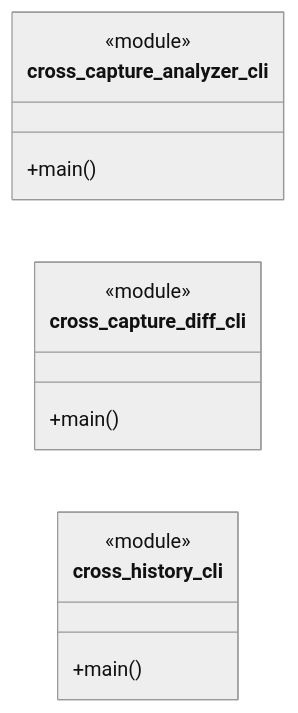
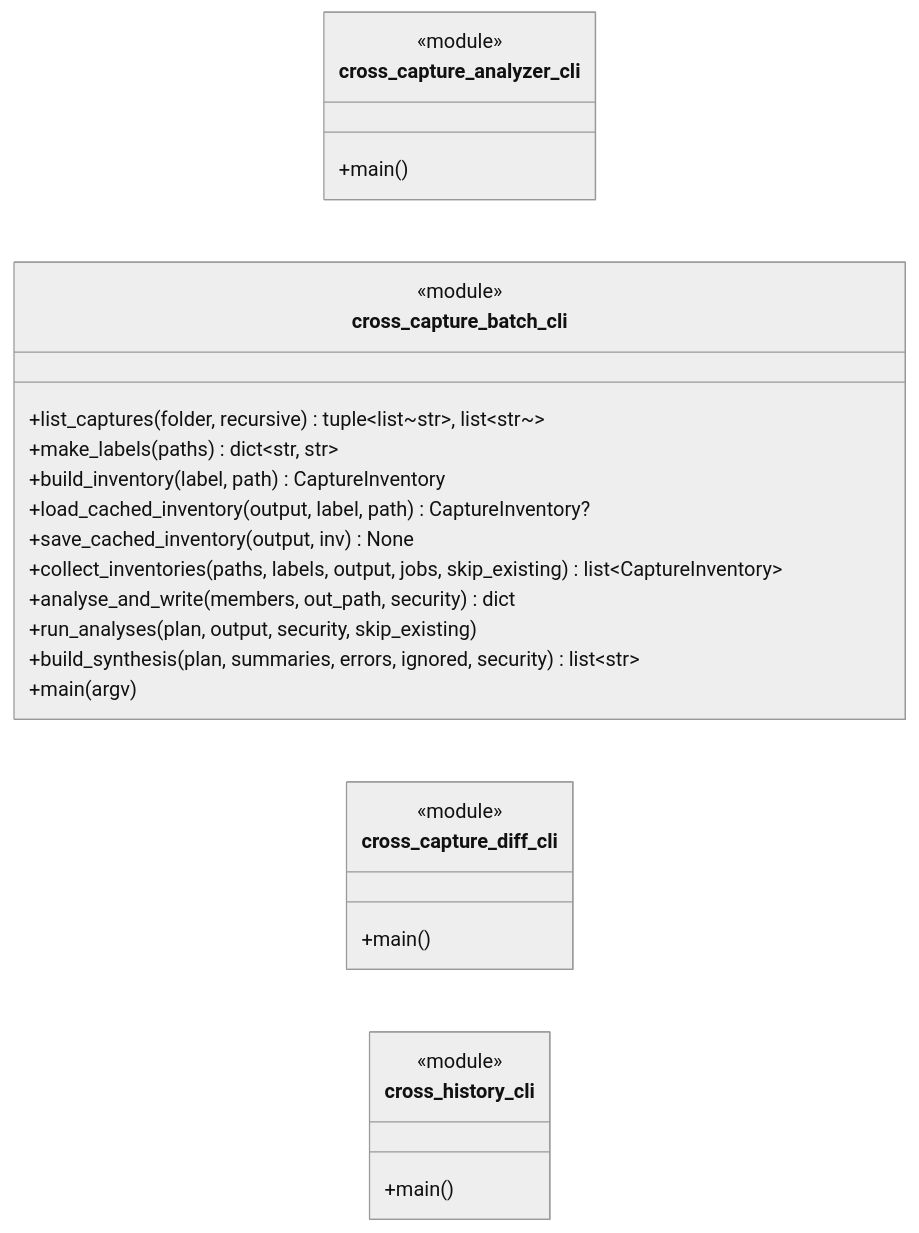
Before and after one commit to MathildeDec/Netcross: diagram 16 of 16 in docs/class-diagram.md, drawn with Mermaid (neutral theme). The commit also changed other lines of this file and 6 other files, not shown here.

First line of the commit message:
feat(#277): mode batch -- dossier de captures, regroupement conservateur justifie

````diff
--- a/docs/class-diagram.md
+++ b/docs/class-diagram.md
@@ -3151,22 +3221,37 @@
 ```mermaid
 classDiagram
     direction LR
 
     %% ===== cross_capture_analyzer_cli =====
     class mod_cross_capture_analyzer_cli["cross_capture_analyzer_cli"] {
         <<module>>
         +main()
+    }
+
+    %% ===== cross_capture_batch_cli =====
+    class mod_cross_capture_batch_cli["cross_capture_batch_cli"] {
+        <<module>>
+        +list_captures(folder, recursive) tuple~list~str~, list~str~~
+        +make_labels(paths) dict~str, str~
+        +build_inventory(label, path) CaptureInventory
+        +load_cached_inventory(output, label, path) CaptureInventory?
+        +save_cached_inventory(output, inv) None
+        +collect_inventories(paths, labels, output, jobs, skip_existing) list~CaptureInventory~
+        +analyse_and_write(members, out_path, security) dict
+        +run_analyses(plan, output, security, skip_existing)
+        +build_synthesis(plan, summaries, errors, ignored, security) list~str~
+        +main(argv)
     }
 
     %% ===== cross_capture_diff_cli =====
     class mod_cross_capture_diff_cli["cross_capture_diff_cli"] {
         <<module>>
         +main()
     }
 
     %% ===== cross_history_cli =====
     class mod_cross_history_cli["cross_history_cli"] {
         <<module>>
         +main()
     }
 ```
````
